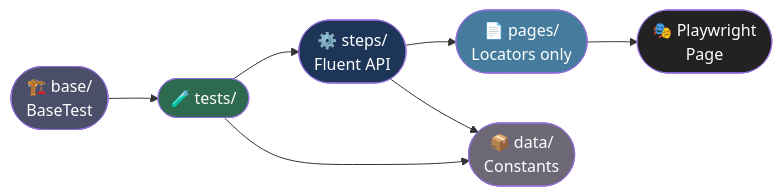
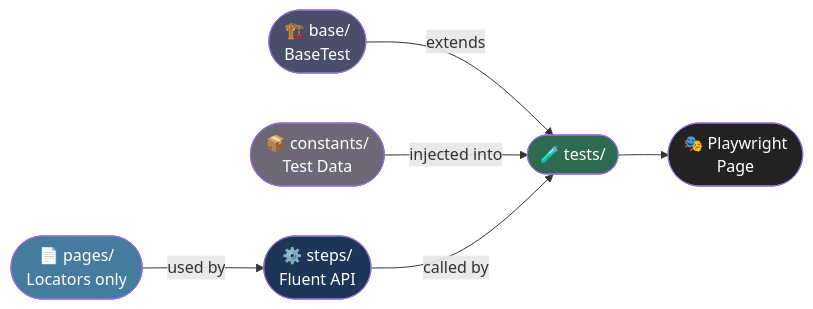
One commit to NikolozZhordania/Bootcamp2025.3_Team1 changed the second of 3 diagrams in README.md. Above: the diagram before and after it, drawn with Mermaid.

Commit message:
Readme - 7

````diff
--- a/README.md
+++ b/README.md
@@ -395,16 +395,18 @@
 ```mermaid
 flowchart LR
-    B([🏗️ base/\nBaseTest]) --> T
-    T([🧪 tests/]) --> S([⚙️ steps/\nFluent API])
-    S --> P([📄 pages/\nLocators only])
-    P --> PW([🎭 Playwright\nPage])
-    T --> D([📦 data/\nConstants])
-    S --> D
+    B([🏗️ base/\nBaseTest]) -->|extends| T([🧪 tests/])
+
+    C([📦 constants/\nTest Data]) -->|injected into| T
+
+    L([📄 pages/\nLocators only]) -->|used by| S([⚙️ steps/\nFluent API])
+    S -->|called by| T
+
+    T --> PW([🎭 Playwright\nPage])
 
     style B fill:#4a4e69,color:#fff
     style T fill:#2d6a4f,color:#fff
     style S fill:#1d3557,color:#fff
-    style P fill:#457b9d,color:#fff
-    style D fill:#6d6875,color:#fff
+    style L fill:#457b9d,color:#fff
+    style C fill:#6d6875,color:#fff
     style PW fill:#222,color:#fff
 ```
````
